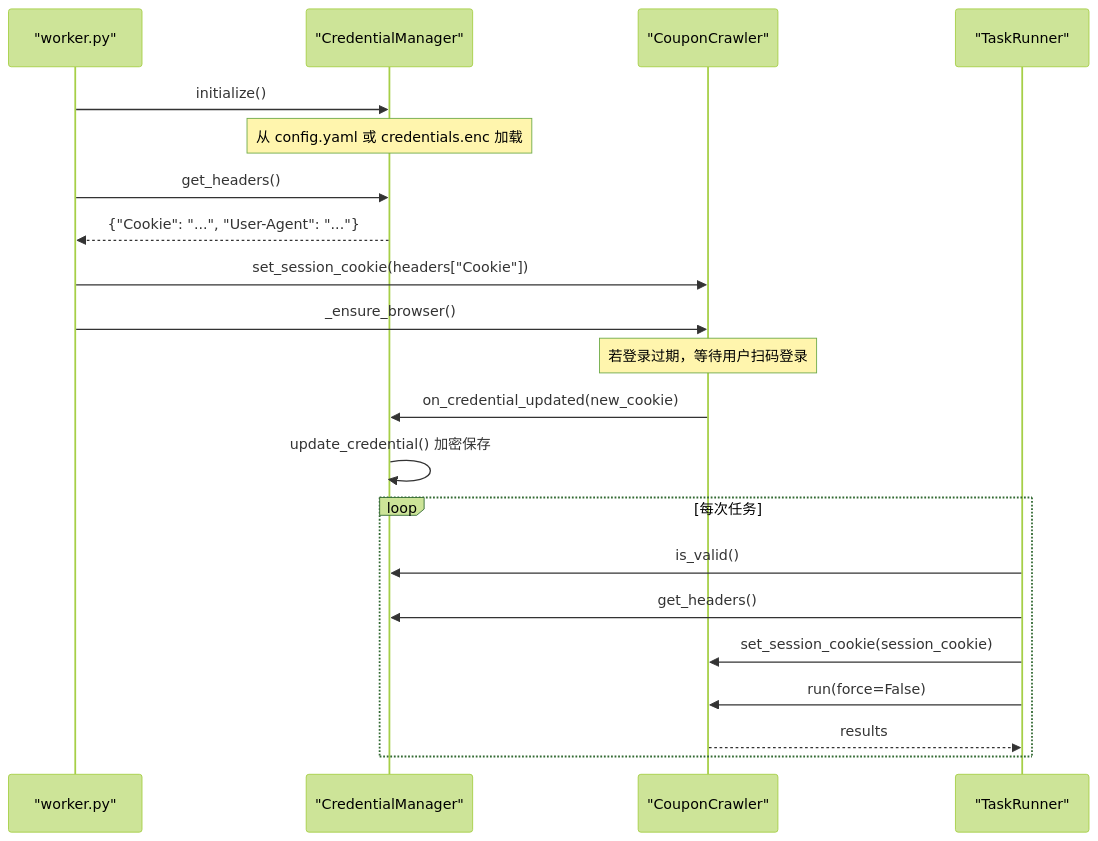
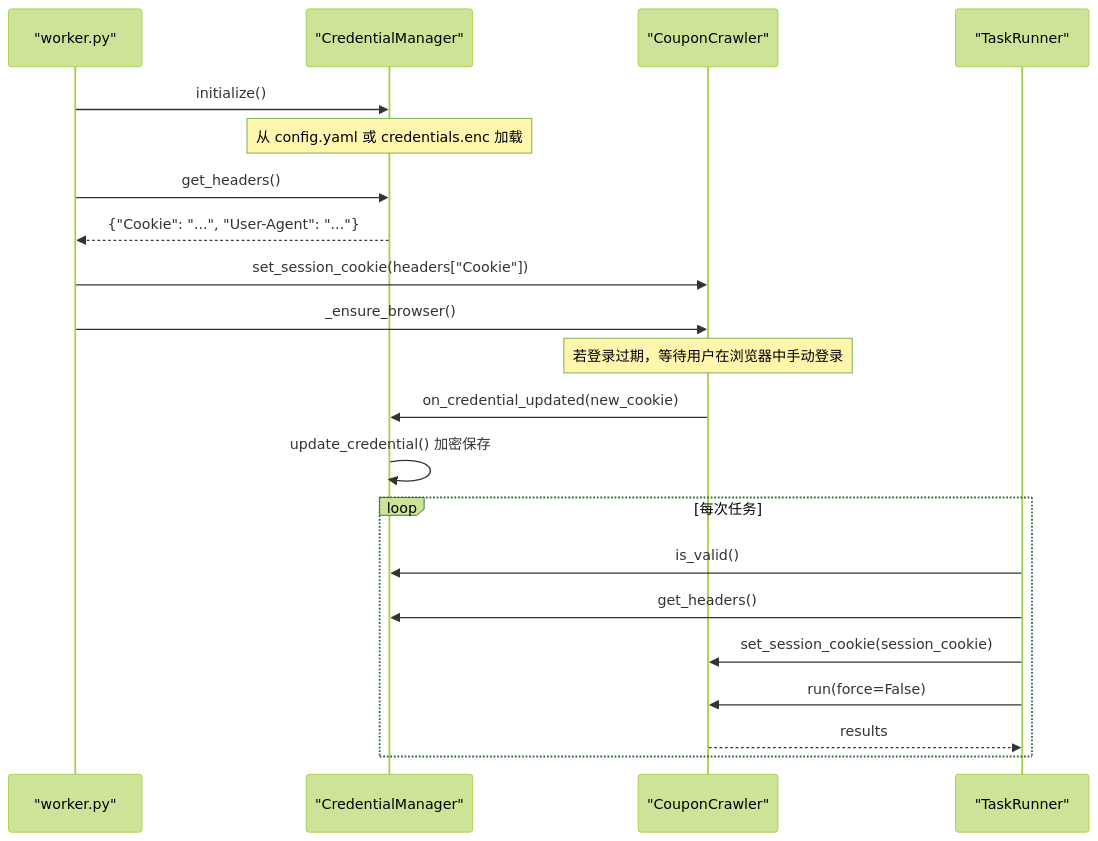
One commit to helloaider/jd-coupon-auto-claim changed the ninth of 16 diagrams in CODE_WIKI.md. Above: the diagram before and after it, drawn with Mermaid (forest theme). The commit also changed other lines of this file and 5 other files, not shown here.

````diff
--- a/CODE_WIKI.md
+++ b/CODE_WIKI.md
@@ -489,25 +490,25 @@
 ```mermaid
 sequenceDiagram
 participant W as "worker.py"
 participant AM as "CredentialManager"
 participant CR as "CouponCrawler"
 participant TR as "TaskRunner"
 
 W->>AM : initialize()
 Note over AM : 从 config.yaml 或 credentials.enc 加载
 W->>AM : get_headers()
 AM-->>W : {"Cookie": "...", "User-Agent": "..."}
 W->>CR : set_session_cookie(headers["Cookie"])
 W->>CR : _ensure_browser()
-Note over CR : 若登录过期，等待用户扫码登录
+Note over CR : 若登录过期，等待用户在浏览器中手动登录
 CR->>AM : on_credential_updated(new_cookie)
 AM->>AM : update_credential() 加密保存
 
 loop 每次任务
 TR->>AM : is_valid()
 TR->>AM : get_headers()
 TR->>CR : set_session_cookie(session_cookie)
 TR->>CR : run(force=False)
 CR-->>TR : results
 end
 ```
````
